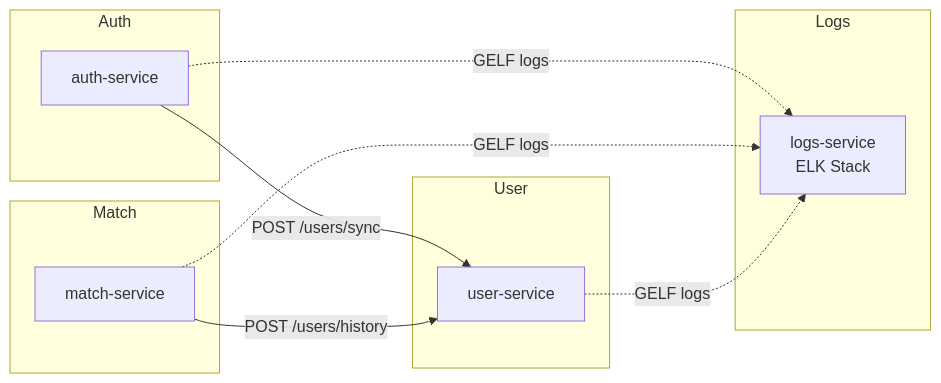
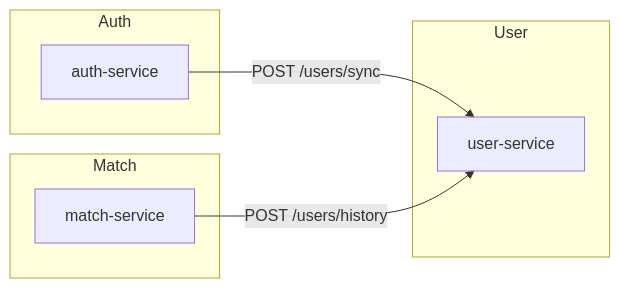
One commit to Matesant/ft_transcendence changed the diagram in services/README.md. Above: the diagram before and after it, drawn with Mermaid. The commit also changed other lines of this file and 29 other files, not shown here.

````diff
--- a/services/README.md
+++ b/services/README.md
@@ -57,21 +55,15 @@
 ```mermaid
 flowchart LR
   subgraph Auth
     A[auth-service]
   end
   subgraph Match
     M[match-service]
   end
   subgraph User
     U[user-service]
   end
-  subgraph Logs
-    L[logs-service<br/>ELK Stack]
-  end
 
   A -->|POST /users/sync| U
   M -->|POST /users/history| U
-  A -.->|GELF logs| L
-  M -.->|GELF logs| L
-  U -.->|GELF logs| L
 ```
````
